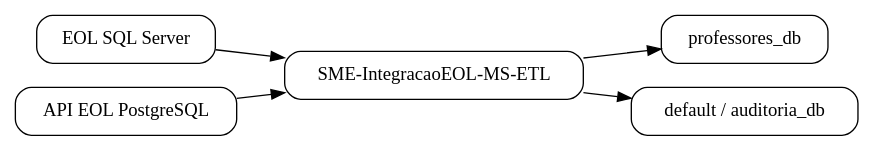
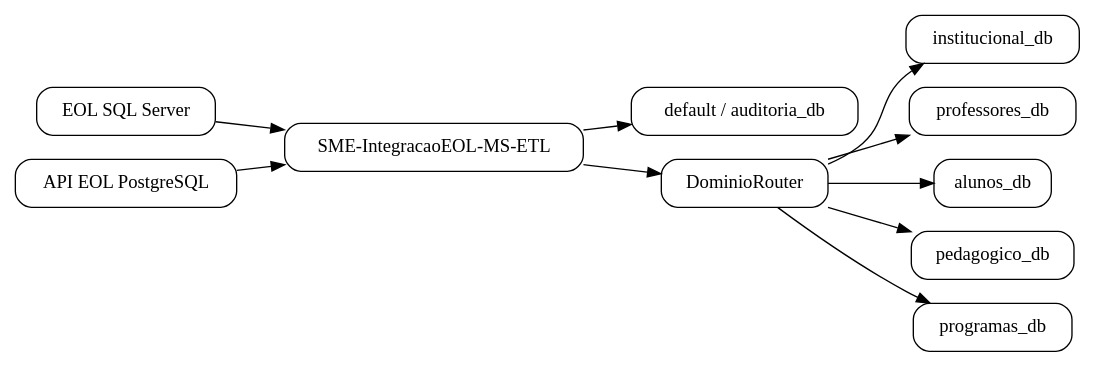
One commit to prefeiturasp/SME-IntegracaoEOL-MS-ETL changed the diagram in docs/index.md. Above: the diagram before and after it, drawn with Graphviz. The commit also changed other lines of this file and 8 other files, not shown here.

````diff
--- a/docs/index.md
+++ b/docs/index.md
@@ -25,17 +25,26 @@
 ```{graphviz}
 digraph G {
     rankdir=LR;
     node [shape=box, style="rounded"];
 
     EOL [label="EOL SQL Server"];
     APIEOL [label="API EOL PostgreSQL"];
     ETL [label="SME-IntegracaoEOL-MS-ETL"];
+    INST [label="institucional_db"];
     PROF [label="professores_db"];
+    ALU [label="alunos_db"];
+    PED [label="pedagogico_db"];
+    PROG [label="programas_db"];
     AUD [label="default / auditoria_db"];
+    ROUTER [label="DominioRouter"];
 
-    EOL -> ETL;
+    EOL -> ETL -> ROUTER;
     APIEOL -> ETL;
-    ETL -> PROF;
+    ROUTER -> INST;
+    ROUTER -> PROF;
+    ROUTER -> ALU;
+    ROUTER -> PED;
+    ROUTER -> PROG;
     ETL -> AUD;
 }
 ```
````
